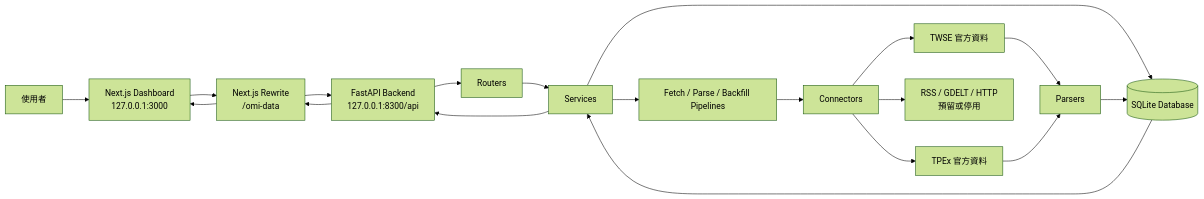
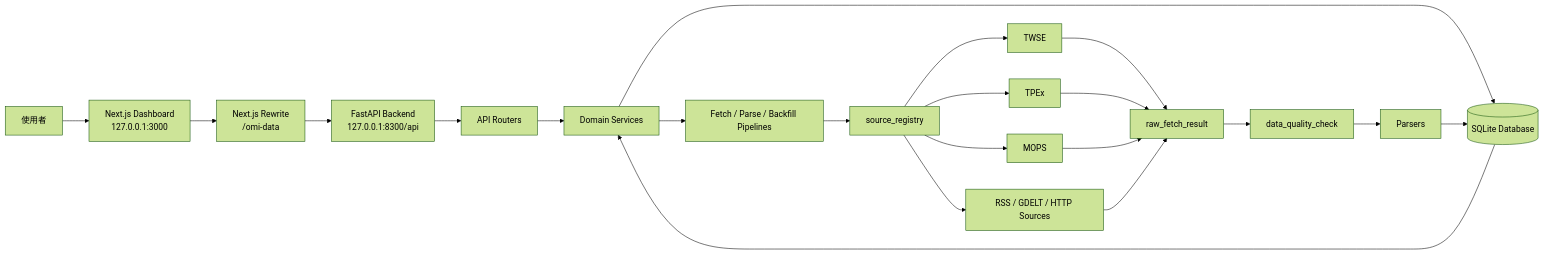
Before and after one commit to lulu930128/open-market-intelligence: the first of 4 diagrams in README.md, drawn with Mermaid (forest theme). The commit also changed other lines of this file and 5 other files, not shown here.

Commit message:
Update market dashboard docs and intraday volume data

````diff
--- a/README.md
+++ b/README.md
@@ -31,24 +14,26 @@
 ```mermaid
 flowchart LR
-    user["使用者"] --> browser["Next.js Dashboard<br/>127.0.0.1:3000"]
-    browser --> proxy["Next.js Rewrite<br/>/omi-data"]
+    user["使用者"] --> ui["Next.js Dashboard<br/>127.0.0.1:3000"]
+    ui --> proxy["Next.js Rewrite<br/>/omi-data"]
     proxy --> api["FastAPI Backend<br/>127.0.0.1:8300/api"]
 
-    api --> routers["Routers"]
-    routers --> services["Services"]
+    api --> routers["API Routers"]
+    routers --> services["Domain Services"]
+    services --> db[("SQLite Database")]
     services --> pipelines["Fetch / Parse / Backfill Pipelines"]
-    services --> db[("SQLite Database")]
 
-    pipelines --> connectors["Connectors"]
-    connectors --> twse["TWSE 官方資料"]
-    connectors --> tpex["TPEx 官方資料"]
-    connectors --> other["RSS / GDELT / HTTP<br/>預留或停用"]
+    pipelines --> registry["source_registry"]
+    registry --> twse["TWSE"]
+    registry --> tpex["TPEx"]
+    registry --> mops["MOPS"]
+    registry --> external["RSS / GDELT / HTTP Sources"]
 
-    twse --> parsers["Parsers"]
-    tpex --> parsers
+    twse --> raw["raw_fetch_result"]
+    tpex --> raw
+    mops --> raw
+    external --> raw
+    raw --> quality["data_quality_check"]
+    quality --> parsers["Parsers"]
     parsers --> db
     db --> services
-    services --> api
-    api --> proxy
-    proxy --> browser
 ```
````
